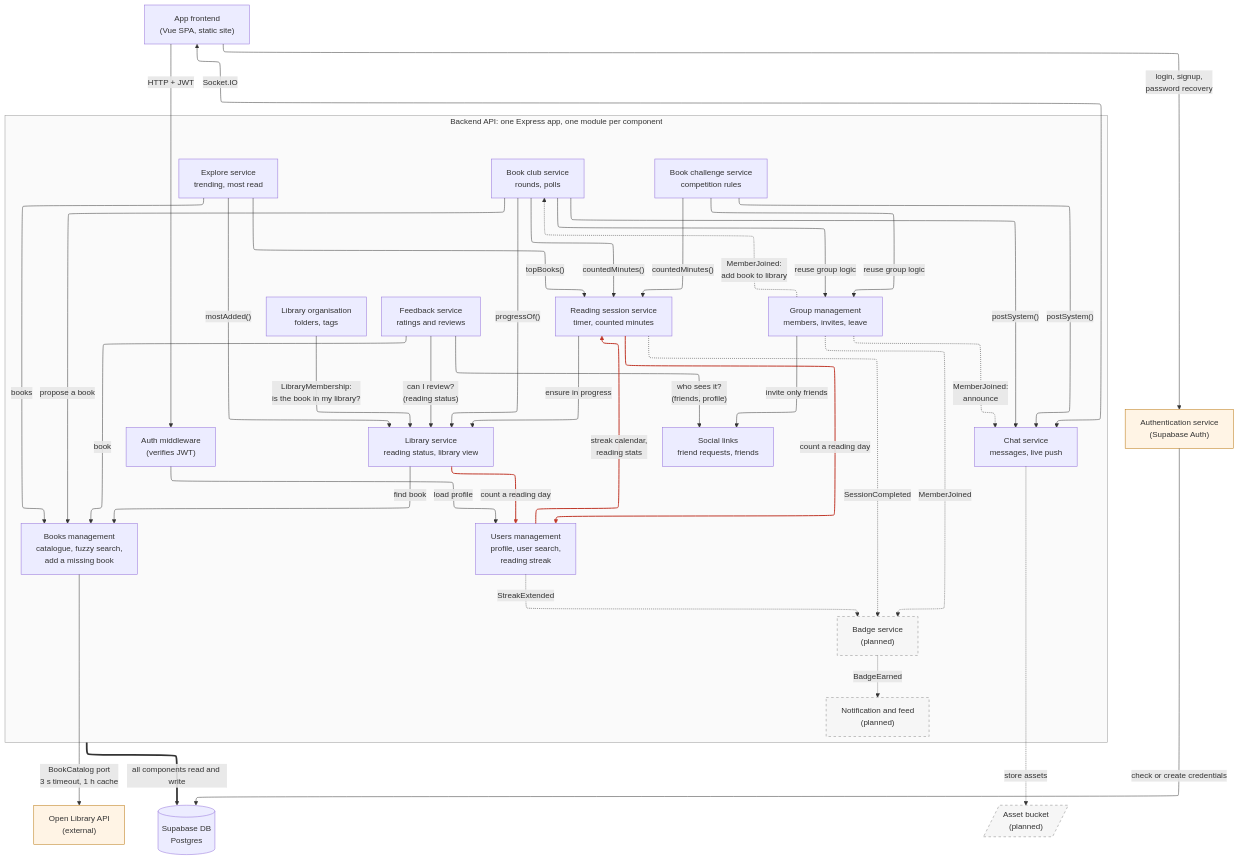
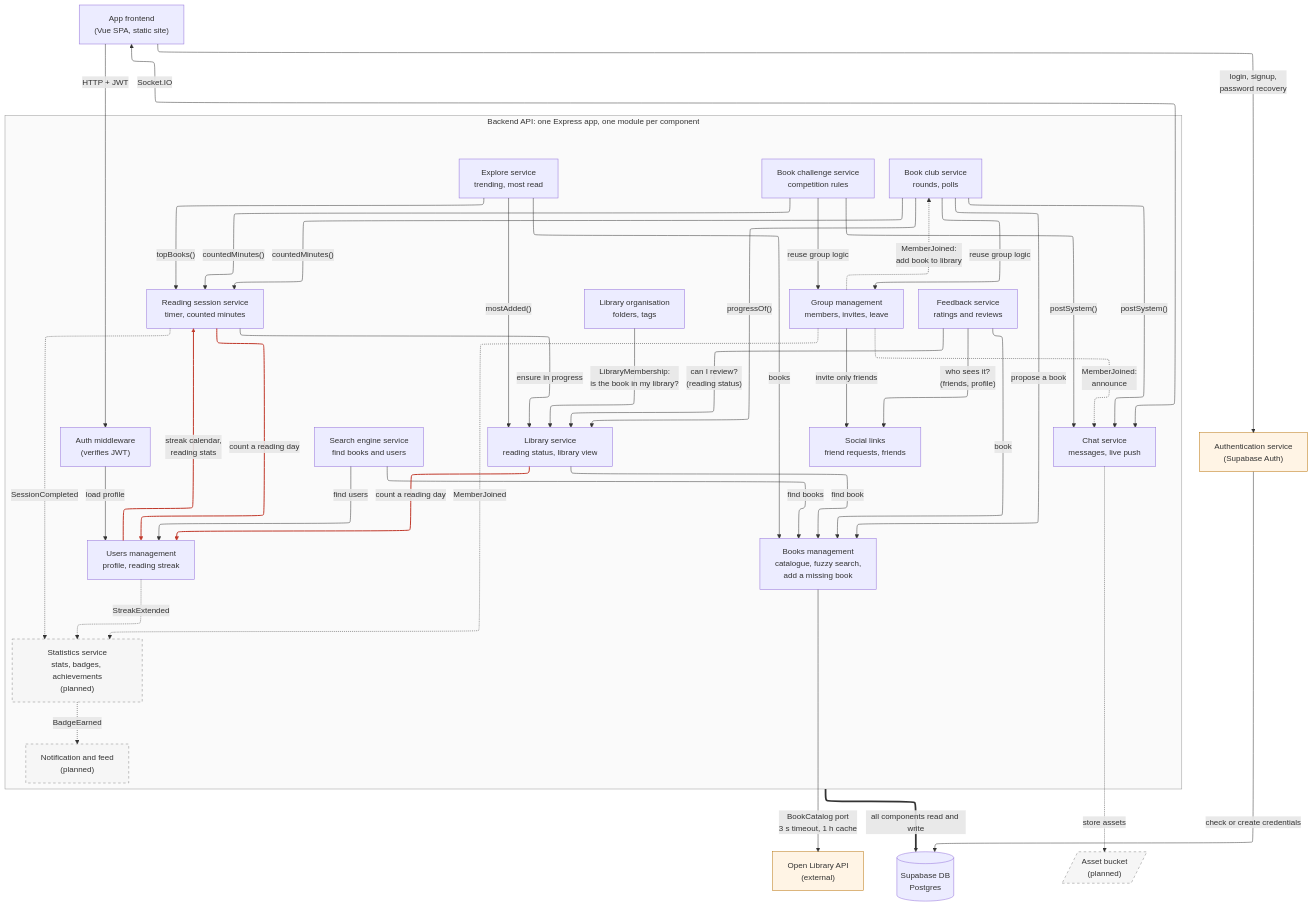
Before and after one commit to MESW-LES-2627/les-project-group-6: the third of 3 diagrams in docs/design.md, drawn with Mermaid. The commit also changed other lines of this file and 5 other files, not shown here.

First line of the commit message:
docs: add search engine and statistics services to component diagram

````diff
--- a/docs/design.md
+++ b/docs/design.md
@@ -450,79 +450,82 @@
 ```mermaid
 ---
 config:
   layout: elk
 ---
 flowchart TB
     FE["App frontend<br/>(Vue SPA, static site)"]
     SA["Authentication service<br/>(Supabase Auth)"]
     OL["Open Library API<br/>(external)"]
     DB[("Supabase DB<br/>Postgres")]
     BK[/"Asset bucket<br/>(planned)"/]
 
     subgraph BE["Backend API: one Express app, one module per component"]
         direction TB
         AM["Auth middleware<br/>(verifies JWT)"]
-        UM["Users management<br/>profile, user search,<br/>reading streak"]
+        UM["Users management<br/>profile, reading streak"]
+        SE["Search engine service<br/>find books and users"]
         SL["Social links<br/>friend requests, friends"]
         BM["Books management<br/>catalogue, fuzzy search,<br/>add a missing book"]
         LS["Library service<br/>reading status, library view"]
         LO["Library organisation<br/>folders, tags"]
         FS["Feedback service<br/>ratings and reviews"]
         EX["Explore service<br/>trending, most read"]
         RS["Reading session service<br/>timer, counted minutes"]
         GM["Group management<br/>members, invites, leave"]
         BC["Book club service<br/>rounds, polls"]
         CH["Book challenge service<br/>competition rules"]
         CS["Chat service<br/>messages, live push"]
-        BD["Badge service<br/>(planned)"]
+        ST["Statistics service<br/>stats, badges, achievements<br/>(planned)"]
         NF["Notification and feed<br/>(planned)"]
     end
 
     FE -->|"login, signup,<br/>password recovery"| SA
     FE -->|"HTTP + JWT"| AM
     FE <-->|"Socket.IO"| CS
     AM -->|"load profile"| UM
+    SE -->|"find books"| BM
+    SE -->|"find users"| UM
 
     BM -->|"BookCatalog port<br/>3 s timeout, 1 h cache"| OL
     LS -->|"find book"| BM
     LO -->|"LibraryMembership:<br/>is the book in my library?"| LS
     FS -->|"can I review?<br/>(reading status)"| LS
     FS -->|"who sees it?<br/>(friends, profile)"| SL
     FS -->|"book"| BM
     EX -->|"topBooks()"| RS
     EX -->|"mostAdded()"| LS
     EX -->|"books"| BM
 
     RS -->|"count a reading day"| UM
     LS -->|"count a reading day"| UM
     RS -->|"ensure in progress"| LS
     UM -->|"streak calendar,<br/>reading stats"| RS
 
     CH -->|"countedMinutes()"| RS
     BC -->|"countedMinutes()"| RS
     BC -->|"progressOf()"| LS
     BC -->|"propose a book"| BM
     CH -->|"reuse group logic"| GM
     BC -->|"reuse group logic"| GM
     CH -->|"postSystem()"| CS
     BC -->|"postSystem()"| CS
     GM -->|"invite only friends"| SL
     GM -.->|"MemberJoined:<br/>announce"| CS
     GM -.->|"MemberJoined:<br/>add book to library"| BC
 
-    RS -.->|"SessionCompleted"| BD
-    UM -.->|"StreakExtended"| BD
-    GM -.->|"MemberJoined"| BD
-    BD -.->|"BadgeEarned"| NF
+    RS -.->|"SessionCompleted"| ST
+    UM -.->|"StreakExtended"| ST
+    GM -.->|"MemberJoined"| ST
+    ST -.->|"BadgeEarned"| NF
     CS -.->|"store assets"| BK
 
     BE ==>|"all components read and write"| DB
     SA -->|"check or create credentials"| DB
 
     classDef planned stroke-dasharray: 5 5,fill:#f6f6f6,stroke:#888
-    class BD,NF,BK planned
+    class ST,NF,BK planned
     classDef ext fill:#fff4e5,stroke:#b9770e
     class OL,SA ext
-    linkStyle 13,14,16 stroke:#c0392b,stroke-width:2px
+    linkStyle 15,16,18 stroke:#c0392b,stroke-width:2px
     style BE fill:#fafafa,stroke:#999
 ```
````
